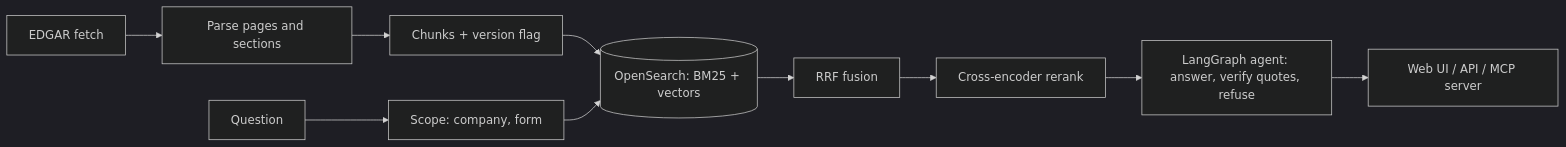
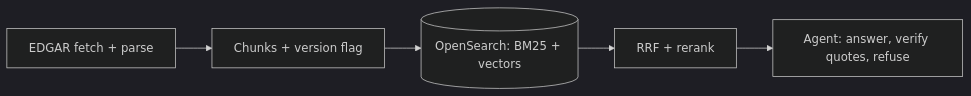
One commit to Srijareddy123/filing-citations changed the diagram in README.md. Above: the diagram before and after it, drawn with Mermaid (dark theme). The commit also changed other lines of this file and 2 other files, not shown here.

````diff
--- a/README.md
+++ b/README.md
@@ -43,11 +27,4 @@
 ```mermaid
 flowchart LR
-  E[EDGAR fetch] --> P[Parse pages and sections]
-  P --> C[Chunks + version flag]
-  C --> O[(OpenSearch: BM25 + vectors)]
-  Q[Question] --> S[Scope: company, form]
-  S --> O
-  O --> F[RRF fusion] --> R[Cross-encoder rerank]
-  R --> A[LangGraph agent: answer, verify quotes, refuse]
-  A --> U[Web UI / API / MCP server]
+  A[EDGAR fetch + parse] --> B[Chunks + version flag] --> C[(OpenSearch: BM25 + vectors)] --> D[RRF + rerank] --> E[Agent: answer, verify quotes, refuse]
 ```
````
